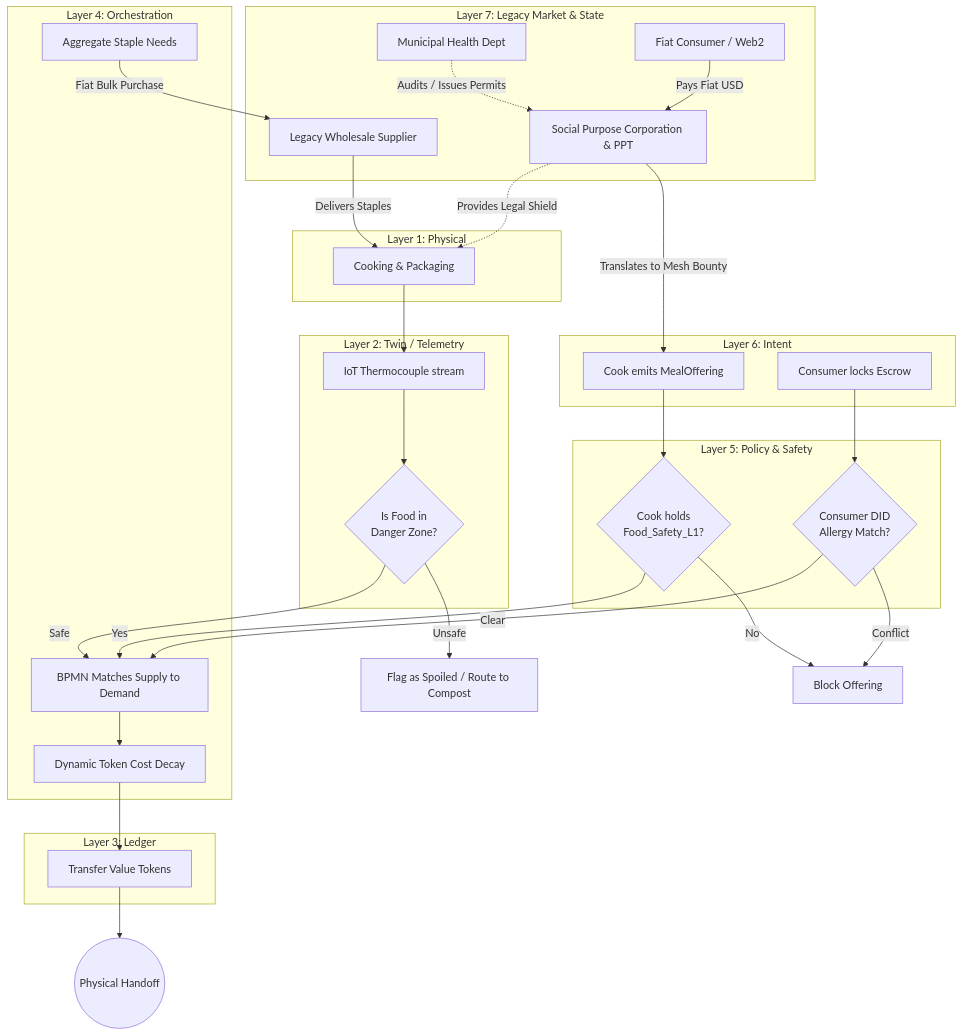
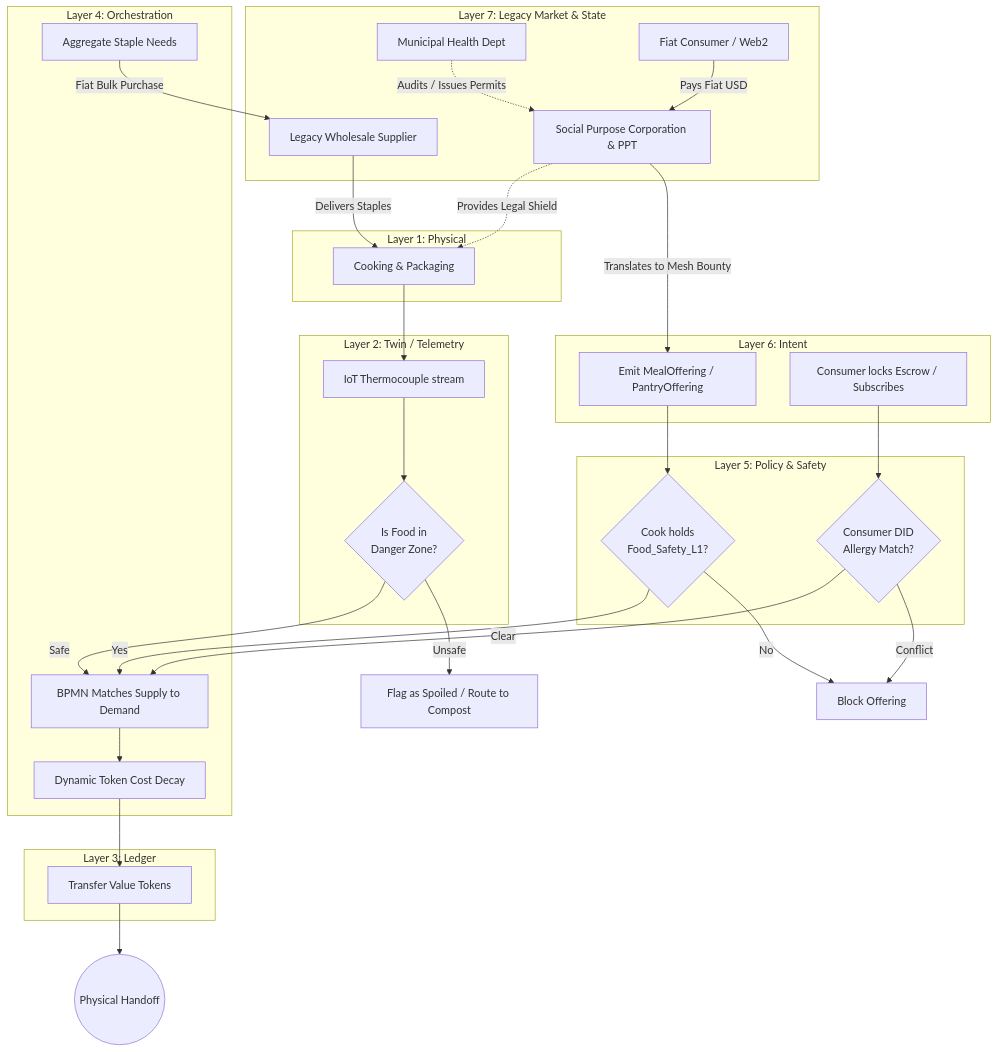
Before and after one commit to raffaine/collective: the diagram in docs/scenarios/gamma_kitchen.md, drawn with Mermaid. The commit also changed other lines of this file and 25 other files, not shown here.

Commit message:
docs: enrich scenarios (Alpha through Omega) and establish Prime Genesis roadmap

````diff
--- a/docs/scenarios/gamma_kitchen.md
+++ b/docs/scenarios/gamma_kitchen.md
@@ -63,65 +69,65 @@
 ```mermaid
 graph TD
     subgraph Layer 7: Legacy Market & State
         Inspector[Municipal Health Dept]
         Supplier[Legacy Wholesale Supplier]
         LegacyEater[Fiat Consumer / Web2]
         SPC[Social Purpose Corporation & PPT]
     end
 
     subgraph Layer 6: Intent
-        Cook[Cook emits MealOffering]
-        Eater[Consumer locks Escrow]
+        Cook[Emit MealOffering / PantryOffering]
+        Eater[Consumer locks Escrow / Subscribes]
     end
 
     subgraph Layer 5: Policy & Safety
         CredCheck{Cook holds <br>Food_Safety_L1?}
         AllergyCheck{Consumer DID <br>Allergy Match?}
     end
 
     subgraph Layer 4: Orchestration
         Queue[BPMN Matches Supply to Demand]
         Decay[Dynamic Token Cost Decay]
         Procure[Aggregate Staple Needs]
     end
 
     subgraph Layer 3: Ledger
         TokenTransfer[Transfer Value Tokens]
     end
 
     subgraph Layer 2: Twin / Telemetry
         Sensor[IoT Thermocouple stream]
         ZoneCheck{Is Food in <br>Danger Zone?}
     end
 
     subgraph Layer 1: Physical
         Action[Cooking & Packaging]
     end
 
     %% Layer 7 Interactions
     Inspector -.->|Audits / Issues Permits| SPC
     SPC -.->|Provides Legal Shield| Action
     Procure -->|Fiat Bulk Purchase| Supplier
     Supplier -->|Delivers Staples| Action
     LegacyEater -->|Pays Fiat USD| SPC
     SPC -->|Translates to Mesh Bounty| Cook
 
     %% Internal Mesh Flow
     Cook --> CredCheck
     CredCheck -->|Yes| Queue
     CredCheck -->|No| Reject[Block Offering]
     
     Action --> Sensor
     Sensor --> ZoneCheck
     
     ZoneCheck -->|Safe| Queue
     ZoneCheck -->|Unsafe| Spoil[Flag as Spoiled / Route to Compost]
     
     Eater --> AllergyCheck
     AllergyCheck -->|Clear| Queue
     AllergyCheck -->|Conflict| Reject
     
     Queue --> Decay
     Decay --> TokenTransfer
     TokenTransfer --> Handoff((Physical Handoff))
 ```
````
